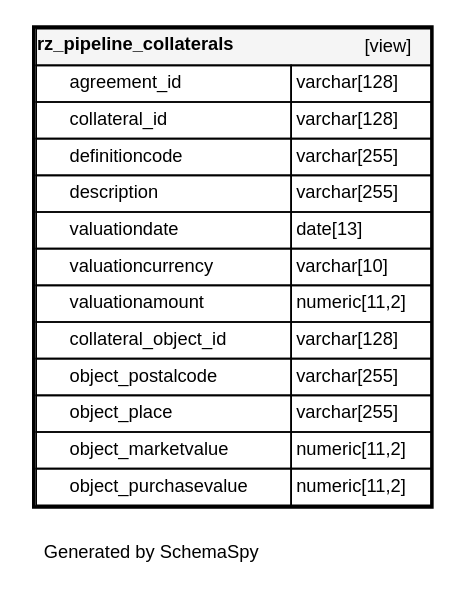
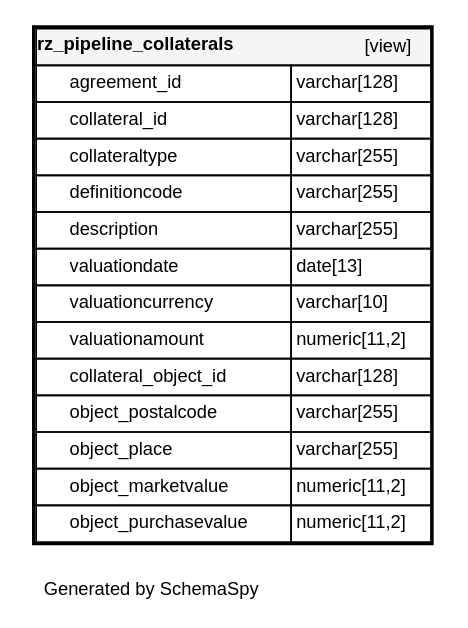
One commit to fyndoo/fyndoo.github.io changed the diagram in db_standardzone_version01/diagrams/tables/rz_pipeline_collaterals.1degree.dot. Above: the diagram before and after it, drawn with Graphviz. The commit also changed 108 other files, not shown here.

```diff
--- a/db_standardzone_version01/diagrams/tables/rz_pipeline_collaterals.1degree.dot
+++ b/db_standardzone_version01/diagrams/tables/rz_pipeline_collaterals.1degree.dot
@@ -1,42 +1,43 @@
 digraph "oneDegreeRelationshipsDiagram" {
   graph [
     rankdir="RL"
     bgcolor="#ffffff"
     label="\nGenerated by SchemaSpy"
     labeljust="l"
     nodesep="0.18"
     ranksep="0.46"
     fontname="Helvetica"
     fontsize="11"
     ration="compress"
   ];
   node [
     fontname="Helvetica"
     fontsize="11"
     shape="plaintext"
   ];
   edge [
     arrowsize="0.8"
   ];
   "rz_pipeline_collaterals" [
    label=<
     <TABLE BORDER="2" CELLBORDER="1" CELLSPACING="0" BGCOLOR="#ffffff">
       <TR><TD COLSPAN="4"  BGCOLOR="#f5f5f5"><TABLE BORDER="0" CELLSPACING="0"><TR><TD ALIGN="LEFT" FIXEDSIZE="TRUE" WIDTH="132" HEIGHT="16"><B>rz_pipeline_collaterals</B></TD><TD ALIGN="RIGHT">[view]</TD></TR></TABLE></TD></TR>
       <TR><TD PORT="agreement_id" COLSPAN="2" ALIGN="LEFT"><TABLE BORDER="0" CELLSPACING="0" ALIGN="LEFT"><TR ALIGN="LEFT"><TD ALIGN="LEFT" FIXEDSIZE="TRUE" WIDTH="15" HEIGHT="16"></TD><TD ALIGN="LEFT" FIXEDSIZE="TRUE" WIDTH="132" HEIGHT="16">agreement_id</TD></TR></TABLE></TD><TD PORT="agreement_id.type" ALIGN="LEFT">varchar[128]</TD></TR>
       <TR><TD PORT="collateral_id" COLSPAN="2" ALIGN="LEFT"><TABLE BORDER="0" CELLSPACING="0" ALIGN="LEFT"><TR ALIGN="LEFT"><TD ALIGN="LEFT" FIXEDSIZE="TRUE" WIDTH="15" HEIGHT="16"></TD><TD ALIGN="LEFT" FIXEDSIZE="TRUE" WIDTH="132" HEIGHT="16">collateral_id</TD></TR></TABLE></TD><TD PORT="collateral_id.type" ALIGN="LEFT">varchar[128]</TD></TR>
+      <TR><TD PORT="collateraltype" COLSPAN="2" ALIGN="LEFT"><TABLE BORDER="0" CELLSPACING="0" ALIGN="LEFT"><TR ALIGN="LEFT"><TD ALIGN="LEFT" FIXEDSIZE="TRUE" WIDTH="15" HEIGHT="16"></TD><TD ALIGN="LEFT" FIXEDSIZE="TRUE" WIDTH="132" HEIGHT="16">collateraltype</TD></TR></TABLE></TD><TD PORT="collateraltype.type" ALIGN="LEFT">varchar[255]</TD></TR>
       <TR><TD PORT="definitioncode" COLSPAN="2" ALIGN="LEFT"><TABLE BORDER="0" CELLSPACING="0" ALIGN="LEFT"><TR ALIGN="LEFT"><TD ALIGN="LEFT" FIXEDSIZE="TRUE" WIDTH="15" HEIGHT="16"></TD><TD ALIGN="LEFT" FIXEDSIZE="TRUE" WIDTH="132" HEIGHT="16">definitioncode</TD></TR></TABLE></TD><TD PORT="definitioncode.type" ALIGN="LEFT">varchar[255]</TD></TR>
       <TR><TD PORT="description" COLSPAN="2" ALIGN="LEFT"><TABLE BORDER="0" CELLSPACING="0" ALIGN="LEFT"><TR ALIGN="LEFT"><TD ALIGN="LEFT" FIXEDSIZE="TRUE" WIDTH="15" HEIGHT="16"></TD><TD ALIGN="LEFT" FIXEDSIZE="TRUE" WIDTH="132" HEIGHT="16">description</TD></TR></TABLE></TD><TD PORT="description.type" ALIGN="LEFT">varchar[255]</TD></TR>
       <TR><TD PORT="valuationdate" COLSPAN="2" ALIGN="LEFT"><TABLE BORDER="0" CELLSPACING="0" ALIGN="LEFT"><TR ALIGN="LEFT"><TD ALIGN="LEFT" FIXEDSIZE="TRUE" WIDTH="15" HEIGHT="16"></TD><TD ALIGN="LEFT" FIXEDSIZE="TRUE" WIDTH="132" HEIGHT="16">valuationdate</TD></TR></TABLE></TD><TD PORT="valuationdate.type" ALIGN="LEFT">date[13]</TD></TR>
       <TR><TD PORT="valuationcurrency" COLSPAN="2" ALIGN="LEFT"><TABLE BORDER="0" CELLSPACING="0" ALIGN="LEFT"><TR ALIGN="LEFT"><TD ALIGN="LEFT" FIXEDSIZE="TRUE" WIDTH="15" HEIGHT="16"></TD><TD ALIGN="LEFT" FIXEDSIZE="TRUE" WIDTH="132" HEIGHT="16">valuationcurrency</TD></TR></TABLE></TD><TD PORT="valuationcurrency.type" ALIGN="LEFT">varchar[10]</TD></TR>
       <TR><TD PORT="valuationamount" COLSPAN="2" ALIGN="LEFT"><TABLE BORDER="0" CELLSPACING="0" ALIGN="LEFT"><TR ALIGN="LEFT"><TD ALIGN="LEFT" FIXEDSIZE="TRUE" WIDTH="15" HEIGHT="16"></TD><TD ALIGN="LEFT" FIXEDSIZE="TRUE" WIDTH="132" HEIGHT="16">valuationamount</TD></TR></TABLE></TD><TD PORT="valuationamount.type" ALIGN="LEFT">numeric[11,2]</TD></TR>
       <TR><TD PORT="collateral_object_id" COLSPAN="2" ALIGN="LEFT"><TABLE BORDER="0" CELLSPACING="0" ALIGN="LEFT"><TR ALIGN="LEFT"><TD ALIGN="LEFT" FIXEDSIZE="TRUE" WIDTH="15" HEIGHT="16"></TD><TD ALIGN="LEFT" FIXEDSIZE="TRUE" WIDTH="132" HEIGHT="16">collateral_object_id</TD></TR></TABLE></TD><TD PORT="collateral_object_id.type" ALIGN="LEFT">varchar[128]</TD></TR>
       <TR><TD PORT="object_postalcode" COLSPAN="2" ALIGN="LEFT"><TABLE BORDER="0" CELLSPACING="0" ALIGN="LEFT"><TR ALIGN="LEFT"><TD ALIGN="LEFT" FIXEDSIZE="TRUE" WIDTH="15" HEIGHT="16"></TD><TD ALIGN="LEFT" FIXEDSIZE="TRUE" WIDTH="132" HEIGHT="16">object_postalcode</TD></TR></TABLE></TD><TD PORT="object_postalcode.type" ALIGN="LEFT">varchar[255]</TD></TR>
       <TR><TD PORT="object_place" COLSPAN="2" ALIGN="LEFT"><TABLE BORDER="0" CELLSPACING="0" ALIGN="LEFT"><TR ALIGN="LEFT"><TD ALIGN="LEFT" FIXEDSIZE="TRUE" WIDTH="15" HEIGHT="16"></TD><TD ALIGN="LEFT" FIXEDSIZE="TRUE" WIDTH="132" HEIGHT="16">object_place</TD></TR></TABLE></TD><TD PORT="object_place.type" ALIGN="LEFT">varchar[255]</TD></TR>
       <TR><TD PORT="object_marketvalue" COLSPAN="2" ALIGN="LEFT"><TABLE BORDER="0" CELLSPACING="0" ALIGN="LEFT"><TR ALIGN="LEFT"><TD ALIGN="LEFT" FIXEDSIZE="TRUE" WIDTH="15" HEIGHT="16"></TD><TD ALIGN="LEFT" FIXEDSIZE="TRUE" WIDTH="132" HEIGHT="16">object_marketvalue</TD></TR></TABLE></TD><TD PORT="object_marketvalue.type" ALIGN="LEFT">numeric[11,2]</TD></TR>
       <TR><TD PORT="object_purchasevalue" COLSPAN="2" ALIGN="LEFT"><TABLE BORDER="0" CELLSPACING="0" ALIGN="LEFT"><TR ALIGN="LEFT"><TD ALIGN="LEFT" FIXEDSIZE="TRUE" WIDTH="15" HEIGHT="16"></TD><TD ALIGN="LEFT" FIXEDSIZE="TRUE" WIDTH="132" HEIGHT="16">object_purchasevalue</TD></TR></TABLE></TD><TD PORT="object_purchasevalue.type" ALIGN="LEFT">numeric[11,2]</TD></TR>
     </TABLE>>
     URL="rz_pipeline_collaterals.html"
     target="_top"
     tooltip="rz_pipeline_collaterals"
   ];
 }
```
